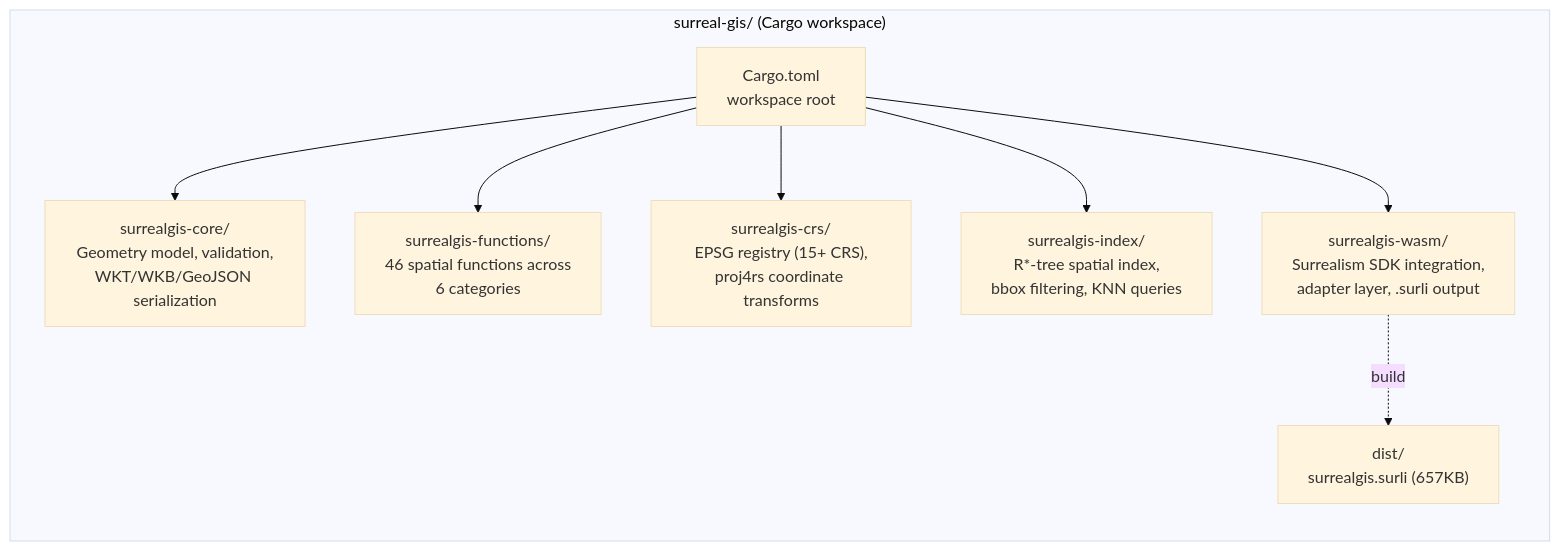
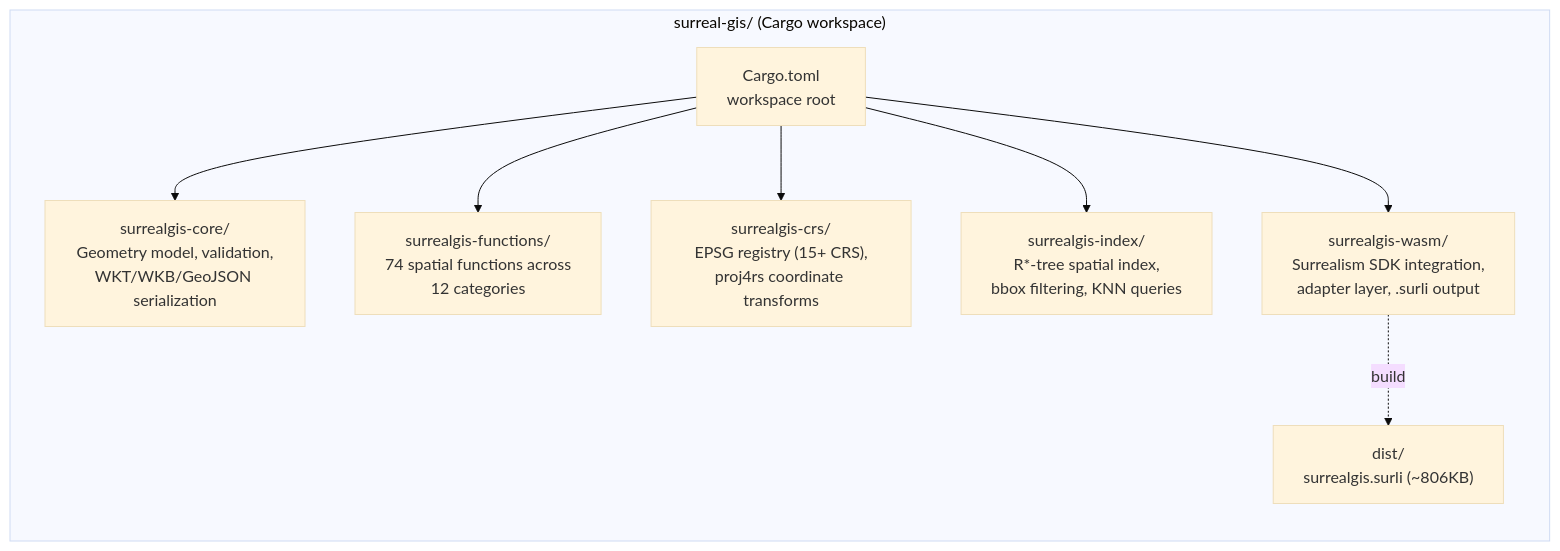
Before and after one commit to nitin84india/surreal-gis: the fourth of 4 diagrams in README.md, drawn with Mermaid (base theme). The commit also changed other lines of this file and 46 other files, not shown here.

First line of the commit message:
feat: implement Phase 2 - 28 spatial processing & analysis functions

````diff
--- a/README.md
+++ b/README.md
@@ -133,20 +141,20 @@
 ```mermaid
 graph LR
     subgraph Workspace["surreal-gis/ (Cargo workspace)"]
         direction TB
         ROOT["Cargo.toml<br/>workspace root"]
         CORE["surrealgis-core/<br/>Geometry model, validation,<br/>WKT/WKB/GeoJSON serialization"]
-        FN["surrealgis-functions/<br/>46 spatial functions across<br/>6 categories"]
+        FN["surrealgis-functions/<br/>74 spatial functions across<br/>12 categories"]
         CRS["surrealgis-crs/<br/>EPSG registry (15+ CRS),<br/>proj4rs coordinate transforms"]
         IDX["surrealgis-index/<br/>R*-tree spatial index,<br/>bbox filtering, KNN queries"]
         WASM["surrealgis-wasm/<br/>Surrealism SDK integration,<br/>adapter layer, .surli output"]
-        DIST["dist/<br/>surrealgis.surli (657KB)"]
+        DIST["dist/<br/>surrealgis.surli (~806KB)"]
     end
 
     ROOT --> CORE
     ROOT --> FN
     ROOT --> CRS
     ROOT --> IDX
     ROOT --> WASM
     WASM -.->|build| DIST
 ```
````
